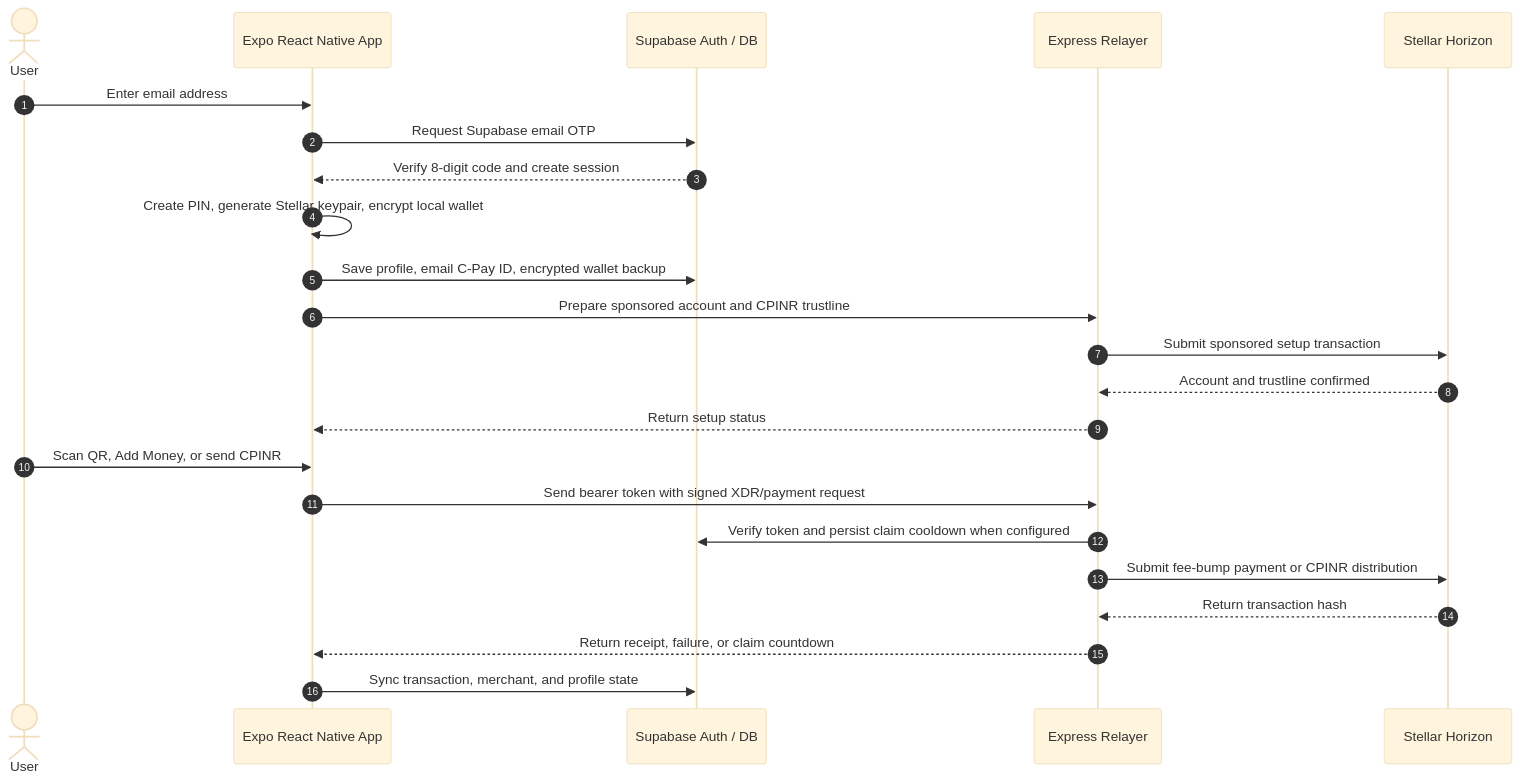
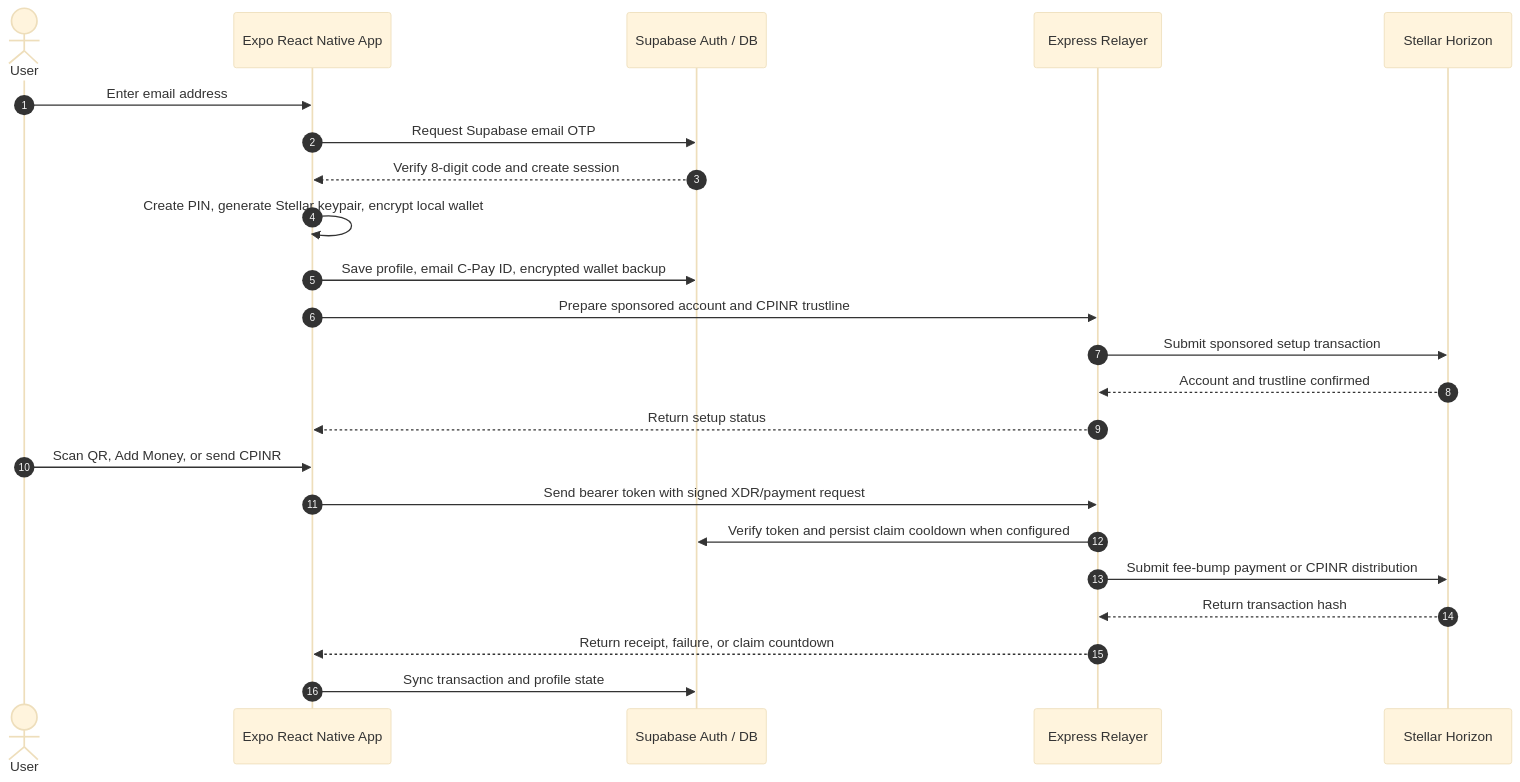
The second of 2 diagrams in README.md (Soumen1080/C-Pay), drawn with Mermaid (base theme) before and after one commit. The commit also changed other lines of this file, not shown here.

````diff
--- a/README.md
+++ b/README.md
@@ -385,26 +378,26 @@
 ```mermaid
 sequenceDiagram
     autonumber
     actor User
     participant App as Expo React Native App
     participant Supabase as Supabase Auth / DB
     participant Relayer as Express Relayer
     participant Chain as Stellar Horizon
 
     User->>App: Enter email address
     App->>Supabase: Request Supabase email OTP
     Supabase-->>App: Verify 8-digit code and create session
     App->>App: Create PIN, generate Stellar keypair, encrypt local wallet
     App->>Supabase: Save profile, email C-Pay ID, encrypted wallet backup
     App->>Relayer: Prepare sponsored account and CPINR trustline
     Relayer->>Chain: Submit sponsored setup transaction
     Chain-->>Relayer: Account and trustline confirmed
     Relayer-->>App: Return setup status
     User->>App: Scan QR, Add Money, or send CPINR
     App->>Relayer: Send bearer token with signed XDR/payment request
     Relayer->>Supabase: Verify token and persist claim cooldown when configured
     Relayer->>Chain: Submit fee-bump payment or CPINR distribution
     Chain-->>Relayer: Return transaction hash
     Relayer-->>App: Return receipt, failure, or claim countdown
-    App->>Supabase: Sync transaction, merchant, and profile state
+    App->>Supabase: Sync transaction and profile state
 ```
````
